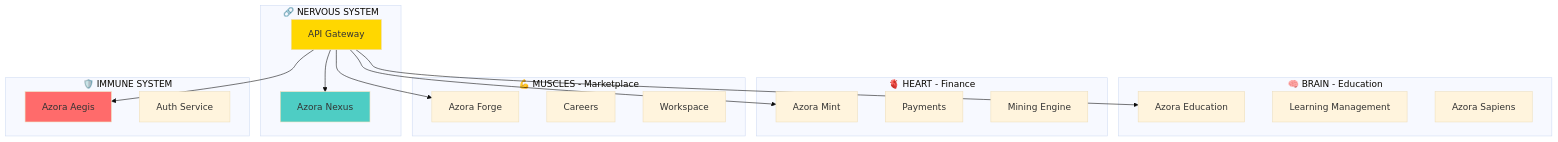
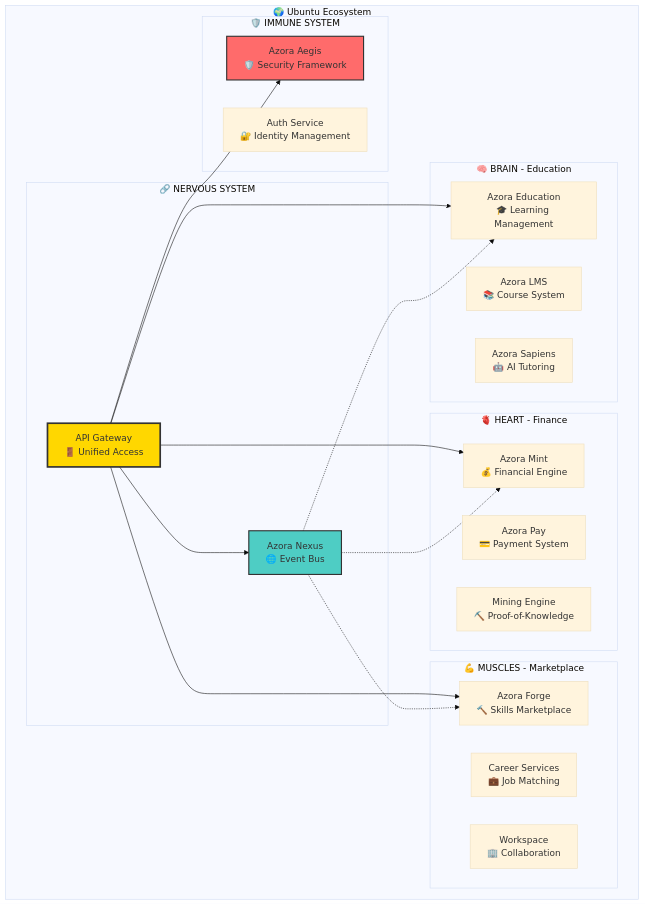
One commit to Azora-OS/azora changed the third of 10 diagrams in README.md. Above: the diagram before and after it, drawn with Mermaid (base theme). The commit also changed other lines of this file and 245 other files, not shown here.

First line of the commit message:
Major Azora OS ecosystem update: Complete service implementations, documentation overhaul, and system integration

````diff
--- a/README.md
+++ b/README.md
@@ -67,40 +124,46 @@
 ```mermaid
 graph TB
-    subgraph "🧠 BRAIN - Education"
-        EDU[Azora Education]
-        LMS[Learning Management]
-        SAP[Azora Sapiens]
-    end
-    
-    subgraph "🫀 HEART - Finance"
-        MINT[Azora Mint]
-        PAY[Payments]
-        MINE[Mining Engine]
-    end
-    
-    subgraph "💪 MUSCLES - Marketplace"
-        FORGE[Azora Forge]
-        CAREER[Careers]
-        WORK[Workspace]
-    end
-    
-    subgraph "🔗 NERVOUS SYSTEM"
-        NEXUS[Azora Nexus]
-        API[API Gateway]
-    end
-    
-    subgraph "🛡️ IMMUNE SYSTEM"
-        AEGIS[Azora Aegis]
-        AUTH[Auth Service]
+    subgraph "🌍 Ubuntu Ecosystem"
+        subgraph "🧠 BRAIN - Education"
+            EDU[Azora Education<br/>🎓 Learning Management]
+            LMS[Azora LMS<br/>📚 Course System]
+            SAP[Azora Sapiens<br/>🤖 AI Tutoring]
+        end
+        
+        subgraph "🫀 HEART - Finance"
+            MINT[Azora Mint<br/>💰 Financial Engine]
+            PAY[Azora Pay<br/>💳 Payment System]
+            MINE[Mining Engine<br/>⛏️ Proof-of-Knowledge]
+        end
+        
+        subgraph "💪 MUSCLES - Marketplace"
+            FORGE[Azora Forge<br/>🔨 Skills Marketplace]
+            CAREER[Career Services<br/>💼 Job Matching]
+            WORK[Workspace<br/>🏢 Collaboration]
+        end
+        
+        subgraph "🔗 NERVOUS SYSTEM"
+            NEXUS[Azora Nexus<br/>🌐 Event Bus]
+            API[API Gateway<br/>🚪 Unified Access]
+        end
+        
+        subgraph "🛡️ IMMUNE SYSTEM"
+            AEGIS[Azora Aegis<br/>🛡️ Security Framework]
+            AUTH[Auth Service<br/>🔐 Identity Management]
+        end
     end
     
     API --> EDU
     API --> MINT
     API --> FORGE
     API --> NEXUS
     API --> AEGIS
     
-    style API fill:#FFD700
-    style NEXUS fill:#4ECDC4
-    style AEGIS fill:#FF6B6B
+    NEXUS -.-> EDU
+    NEXUS -.-> MINT
+    NEXUS -.-> FORGE
+    
+    style API fill:#FFD700,stroke:#333,stroke-width:3px
+    style NEXUS fill:#4ECDC4,stroke:#333,stroke-width:2px
+    style AEGIS fill:#FF6B6B,stroke:#333,stroke-width:2px
 ```
````
